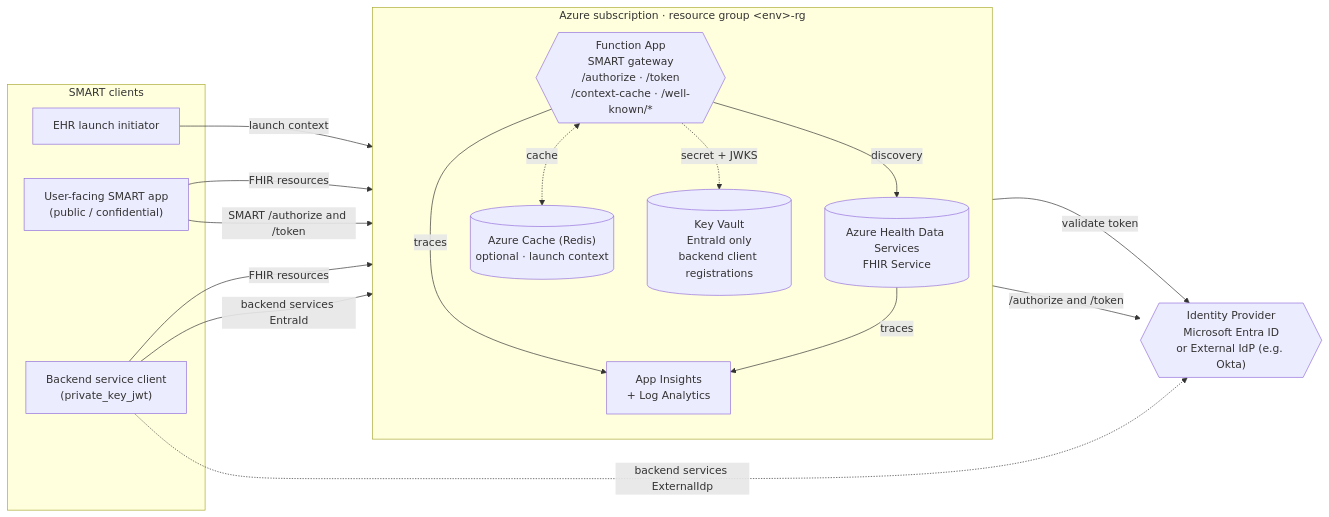
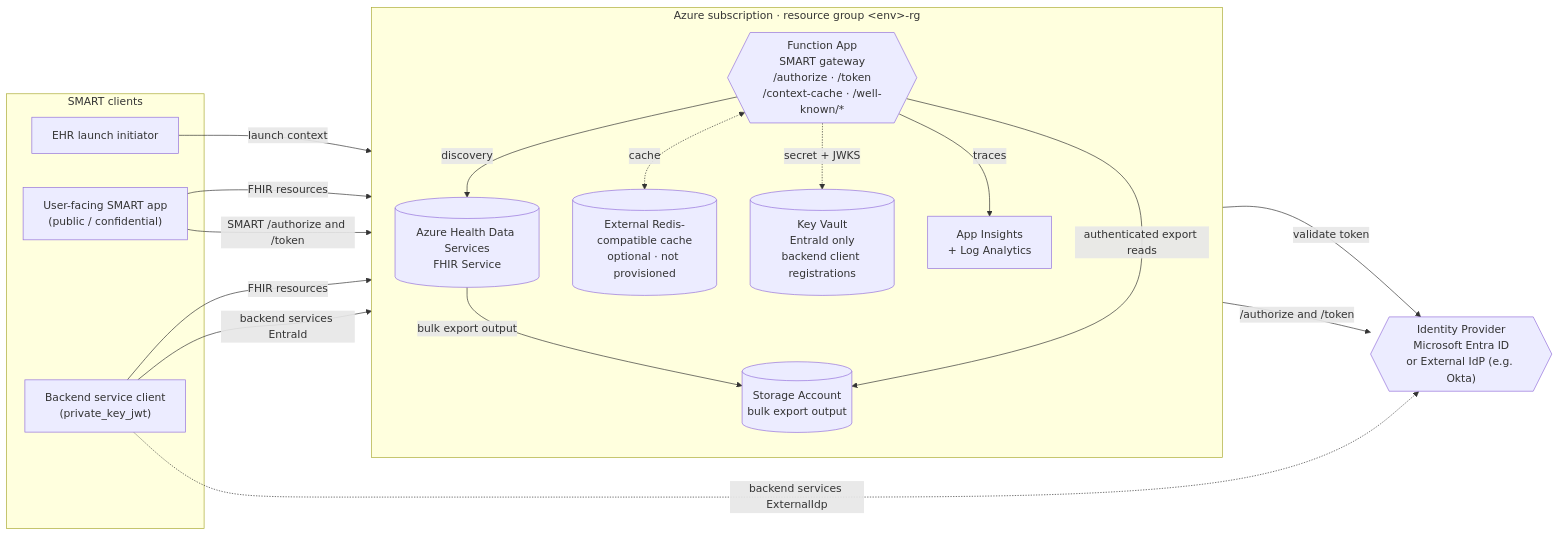
The diagram in samples/smartonfhir-smartnative-v2/README.md (Azure-Samples/azure-health-data-and-ai-samples), drawn with Mermaid before and after one commit. The commit also changed other lines of this file and 9 other files, not shown here.

````diff
--- a/samples/smartonfhir-smartnative-v2/README.md
+++ b/samples/smartonfhir-smartnative-v2/README.md
@@ -59,35 +67,37 @@
 ```mermaid
 flowchart LR
     subgraph Clients["SMART clients"]
         EHR["EHR launch initiator"]
         UApp["User-facing SMART app<br/>(public / confidential)"]
         BApp["Backend service client<br/>(private_key_jwt)"]
     end
 
     subgraph Azure["Azure subscription · resource group &lt;env&gt;-rg"]
         direction TB
         GW{{"Function App<br/>SMART gateway<br/>/authorize · /token<br/>/context-cache · /well-known/*"}}
-        Cache[("Azure Cache (Redis)<br/>optional · launch context")]
+        Cache[("External Redis-compatible cache<br/>optional · not provisioned")]
         KV[("Key Vault<br/>EntraId only<br/>backend client registrations")]
+        Export[("Storage Account<br/>bulk export output")]
         FHIR[("Azure Health Data Services<br/>FHIR Service")]
         Insights["App Insights<br/>+ Log Analytics"]
     end
 
     IdP{{"Identity Provider<br/>Microsoft Entra ID<br/>or External IdP (e.g. Okta)"}}
 
     EHR -->|launch context| GW
     UApp -->|SMART /authorize and /token| GW
     BApp -->|backend services EntraId| GW
     BApp -.->|backend services ExternalIdp| IdP
 
     GW -->|discovery| FHIR
     GW -->|/authorize and /token| IdP
     GW <-.->|cache| Cache
     GW -.->|secret + JWKS| KV
+    FHIR -->|bulk export output| Export
+    GW -->|authenticated export reads| Export
     GW -->|traces| Insights
-    FHIR -->|traces| Insights
 
     UApp -->|FHIR resources| FHIR
     BApp -->|FHIR resources| FHIR
     FHIR -->|validate token| IdP
 ```
````
